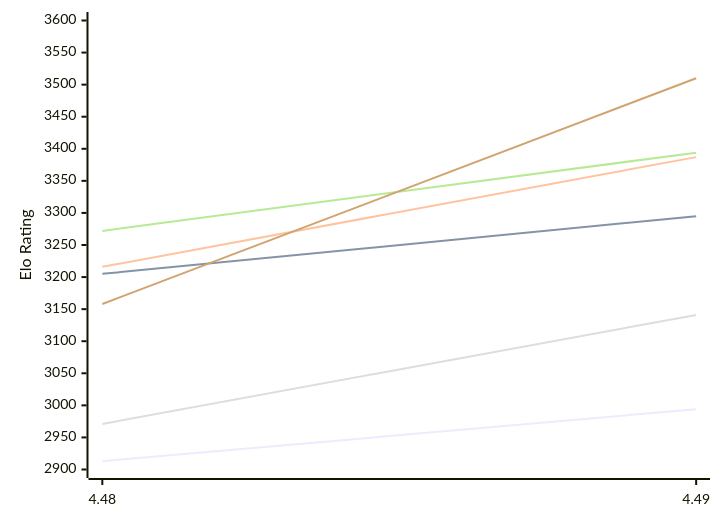
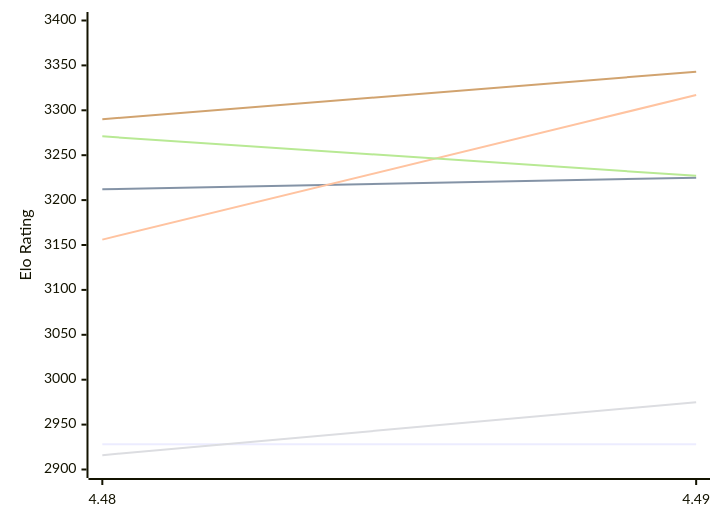
One commit to computer-chess-index/cci changed the first of 2 diagrams in engines/Cheng4.md. Above: the diagram before and after it, drawn with Mermaid. The commit also changed other lines of this file, not shown here.

Commit message:
Update CCI Ratings (ELO VLTC) - 2026-11-13

````diff
--- a/engines/Cheng4.md
+++ b/engines/Cheng4.md
@@ -50,12 +50,12 @@
 ```mermaid
 %%{init: {"theme":"base","themeVariables":{"seriesColors:['#a3a3a3','#222221','#faa371']}}}%%
 xychart-beta
   x-axis ["4.48", "4.49"]
-  y-axis "Elo Rating" 2900 --> 3600
-  line "E1: STC (8.0+0.08s)" [2913, 2994]
-  line "E1: LTC (60.0+0.60s)" [3205, 3295]
-  line "E1: VLTC (2m24s+1.12s)" [3216, 3387]
-  line "P1: STC (8.0+0.08s)" [2971, 3141]
-  line "P1: LTC (60.0+0.60s)" [3272, 3394]
-  line "P1: VLTC (2m24s+1.12s)" [3158, 3510]
+  y-axis "Elo Rating" 2900 --> 3400
+  line "E1: STC (8.0+0.08s)" [2928, 2928]
+  line "E1: LTC (60.0+0.60s)" [3212, 3225]
+  line "E1: VLTC (2m24s+1.12s)" [3156, 3317]
+  line "P1: STC (8.0+0.08s)" [2916, 2975]
+  line "P1: LTC (60.0+0.60s)" [3271, 3227]
+  line "P1: VLTC (2m24s+1.12s)" [3290, 3343]
 ```
````
